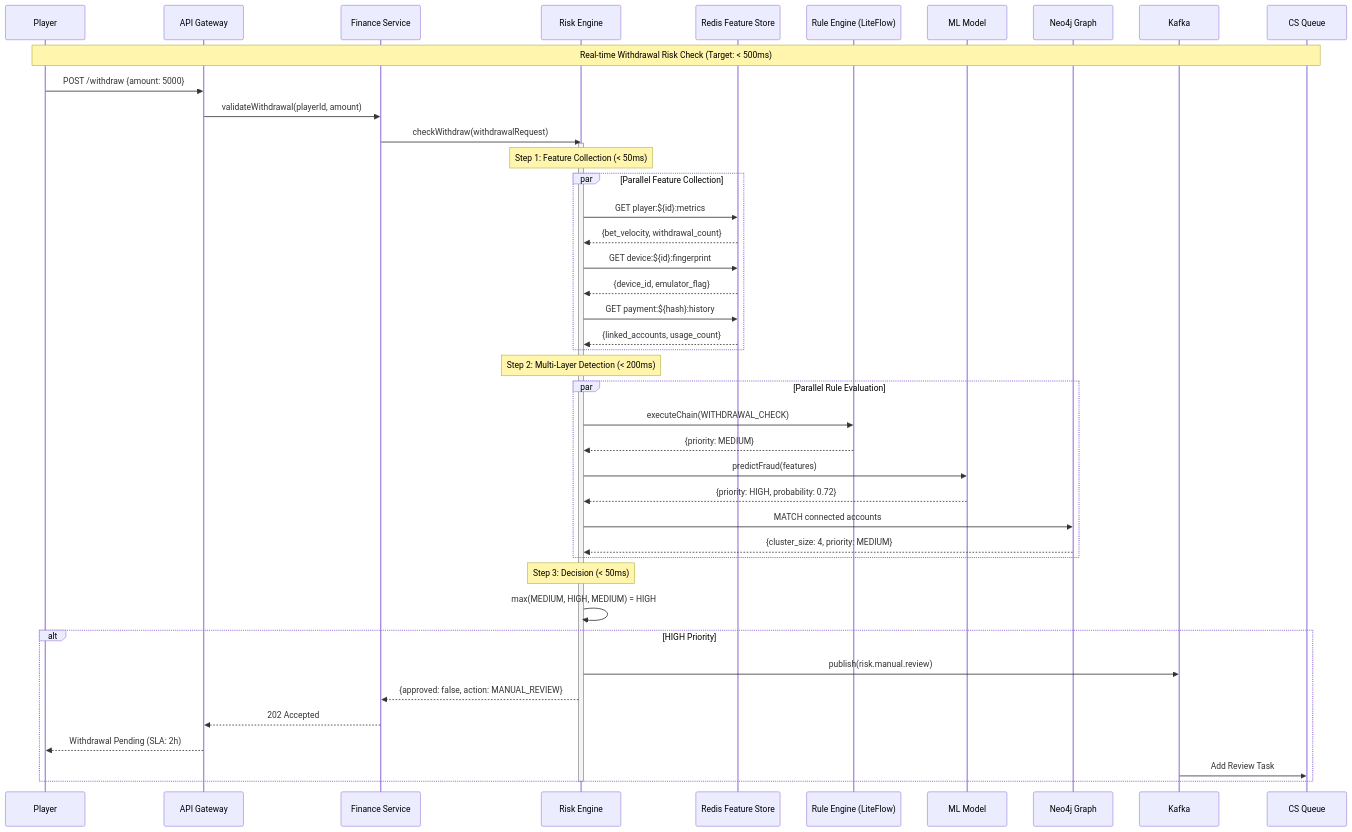
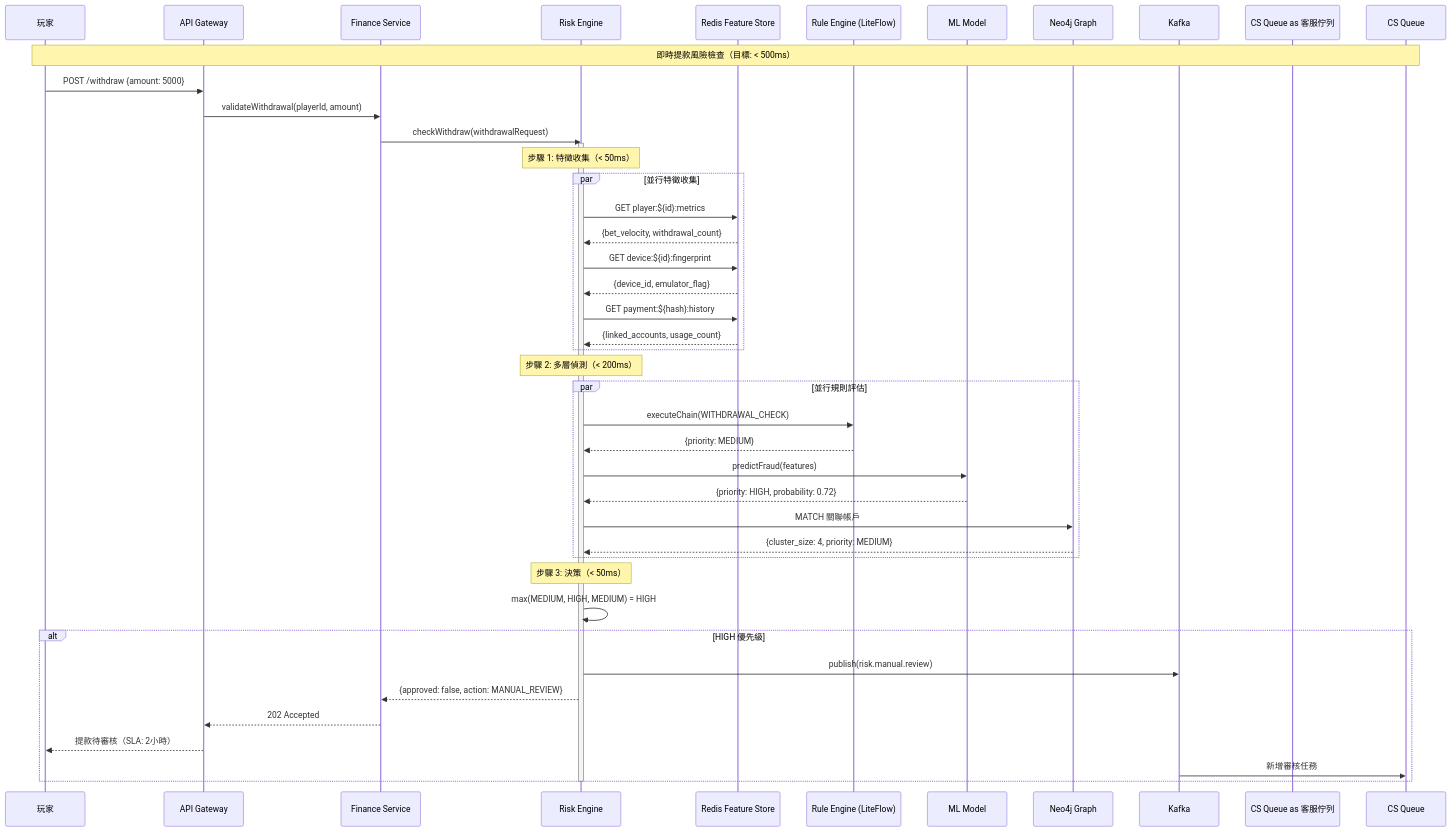
One commit to ron03wlb/smart-admin changed the second of 2 diagrams in docs/iGaming/architecture/05_Risk_Engine/Risk_System_Architecture.md. Above: the diagram before and after it, drawn with Mermaid. The commit also changed other lines of this file and 4 other files, not shown here.

First line of the commit message:
docs(iGaming): translate Batch 23 — Risk Engine (3) + Platform Core (2)

````diff
--- a/docs/iGaming/architecture/05_Risk_Engine/Risk_System_Architecture.md
+++ b/docs/iGaming/architecture/05_Risk_Engine/Risk_System_Architecture.md
@@ -86,60 +86,60 @@
 ```mermaid
 sequenceDiagram
-    participant Player
+    participant Player as 玩家
     participant API Gateway
     participant Finance Service
     participant Risk Engine
     participant Redis Feature Store
     participant Rule Engine (LiteFlow)
     participant ML Model
     participant Neo4j Graph
     participant Kafka
-    participant CS Queue
+    participant CS Queue as 客服佇列
 
-    Note over Player,CS Queue: Real-time Withdrawal Risk Check (Target: < 500ms)
+    Note over Player,CS Queue: 即時提款風險檢查（目標: < 500ms）
 
     Player->>API Gateway: POST /withdraw {amount: 5000}
     API Gateway->>Finance Service: validateWithdrawal(playerId, amount)
     Finance Service->>Risk Engine: checkWithdraw(withdrawalRequest)
     activate Risk Engine
 
-    Note over Risk Engine: Step 1: Feature Collection (< 50ms)
+    Note over Risk Engine: 步驟 1: 特徵收集（< 50ms）
 
-    par Parallel Feature Collection
+    par 並行特徵收集
         Risk Engine->>Redis Feature Store: GET player:${id}:metrics
         Redis Feature Store-->>Risk Engine: {bet_velocity, withdrawal_count}
 
         Risk Engine->>Redis Feature Store: GET device:${id}:fingerprint
         Redis Feature Store-->>Risk Engine: {device_id, emulator_flag}
 
         Risk Engine->>Redis Feature Store: GET payment:${hash}:history
         Redis Feature Store-->>Risk Engine: {linked_accounts, usage_count}
     end
 
-    Note over Risk Engine: Step 2: Multi-Layer Detection (< 200ms)
+    Note over Risk Engine: 步驟 2: 多層偵測（< 200ms）
 
-    par Parallel Rule Evaluation
+    par 並行規則評估
         Risk Engine->>Rule Engine (LiteFlow): executeChain(WITHDRAWAL_CHECK)
         Rule Engine (LiteFlow)-->>Risk Engine: {priority: MEDIUM}
 
         Risk Engine->>ML Model: predictFraud(features)
         ML Model-->>Risk Engine: {priority: HIGH, probability: 0.72}
 
-        Risk Engine->>Neo4j Graph: MATCH connected accounts
+        Risk Engine->>Neo4j Graph: MATCH 關聯帳戶
         Neo4j Graph-->>Risk Engine: {cluster_size: 4, priority: MEDIUM}
     end
 
-    Note over Risk Engine: Step 3: Decision (< 50ms)
+    Note over Risk Engine: 步驟 3: 決策（< 50ms）
 
     Risk Engine->>Risk Engine: max(MEDIUM, HIGH, MEDIUM) = HIGH
 
-    alt HIGH Priority
+    alt HIGH 優先級
         Risk Engine->>Kafka: publish(risk.manual.review)
         Risk Engine-->>Finance Service: {approved: false, action: MANUAL_REVIEW}
         Finance Service-->>API Gateway: 202 Accepted
-        API Gateway-->>Player: Withdrawal Pending (SLA: 2h)
-        Kafka->>CS Queue: Add Review Task
+        API Gateway-->>Player: 提款待審核（SLA: 2小時）
+        Kafka->>CS Queue: 新增審核任務
     end
 
     deactivate Risk Engine
 ```
````
